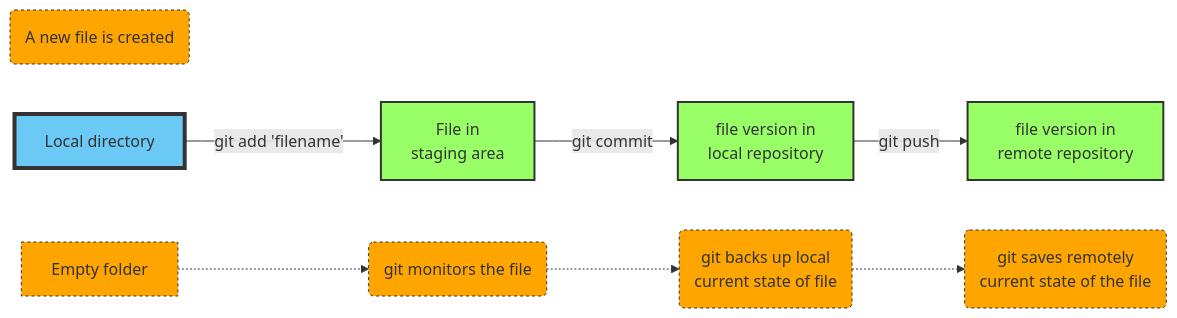
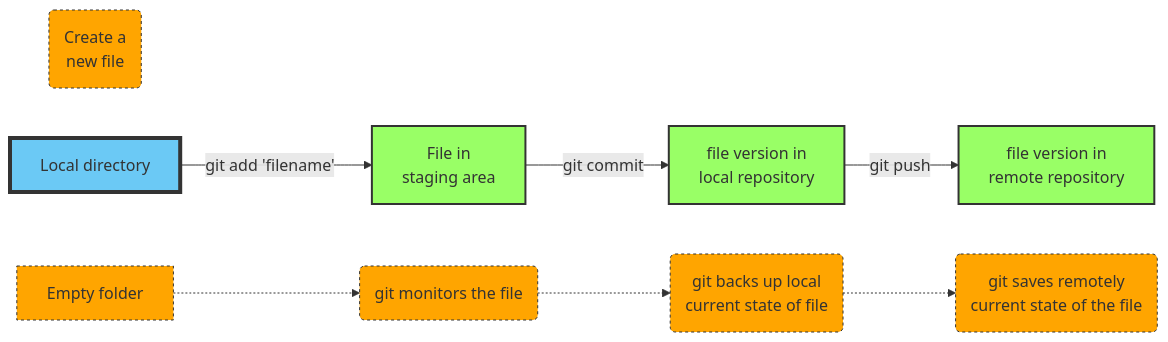
One commit to ammrie/Praxislab changed the second of 2 diagrams in modules/en-git-module.qmd. Above: the diagram before and after it, drawn with Mermaid. The commit also changed other lines of this file and 3 other files, not shown here.

````diff
--- a/modules/en-git-module.qmd
+++ b/modules/en-git-module.qmd
@@ -114,24 +111,24 @@
 ```{mermaid}
 %%| fig-cap: process stage commit push a file
 
 graph LR
-    Z(A new file is created)
+    Z(Create a <br> new file)
     
     A[Local directory ] -- git add 'filename' --> B[File in <br>staging area]
     B -- git commit --> C[file version in <br>local repository ]
     C -- git push --> D[file version in <br> remote repository ]
     
     AA[Empty folder] -.-> BB(git monitors the file)
     BB -.-> CC(git backs up local <br> current state of file)
     CC -.-> DD(git saves remotely <br> current state of the file)
     
 
     classDef green fill:#9f6,stroke:#333,stroke-width:2px
     classDef blue fill:#6BC9F5,stroke:#333,stroke-width:4px
     classDef orange fill:orange,stroke:#333,stroke-width:1px,stroke-dasharray: 3
     class A blue
     class B,C,D green
     class Z,DD,CC,AA,BB orange
 
 
 ```
````
